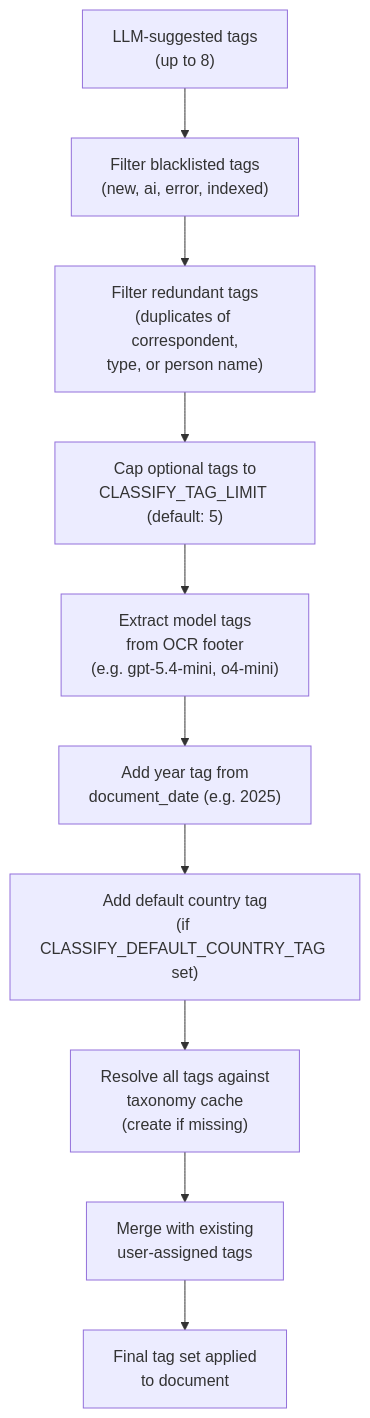
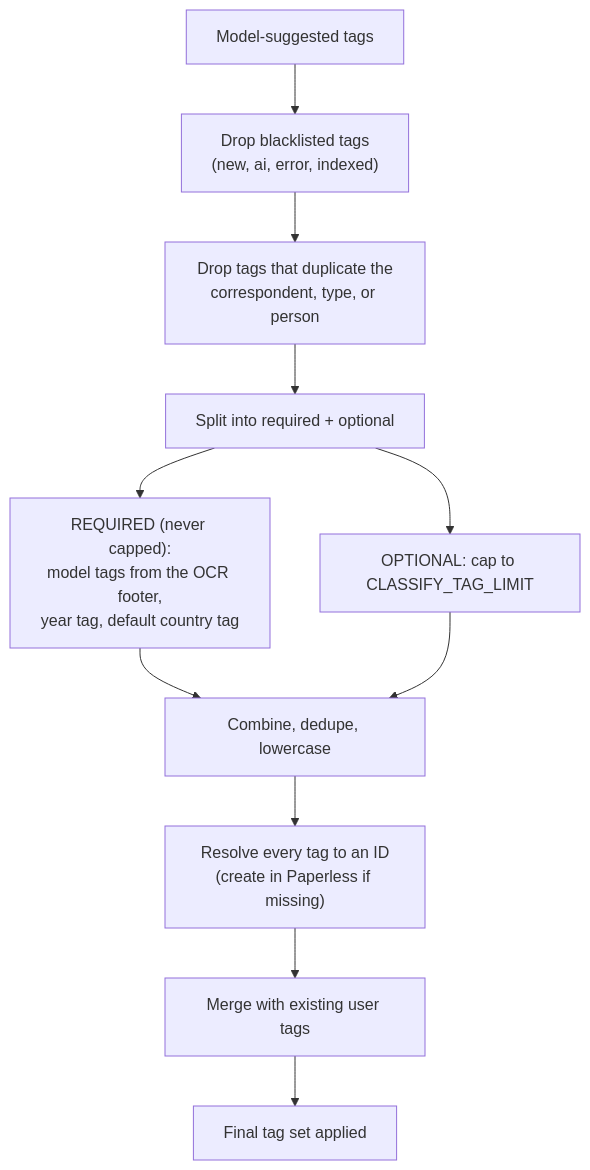
The third of 3 diagrams in docs/classification-pipeline.md (rossetv/paperless-ai), drawn with Mermaid before and after one commit. The commit also changed other lines of this file and 12 other files, not shown here.

````diff
--- a/docs/classification-pipeline.md
+++ b/docs/classification-pipeline.md
@@ -195,12 +217,13 @@
 ```mermaid
 flowchart TD
-    A["LLM-suggested tags\n(up to 8)"] --> B["Filter blacklisted tags\n(new, ai, error, indexed)"]
-    B --> C["Filter redundant tags\n(duplicates of correspondent,\ntype, or person name)"]
-    C --> D["Cap optional tags to\nCLASSIFY_TAG_LIMIT (default: 5)"]
-    D --> E["Extract model tags\nfrom OCR footer\n(e.g. gpt-5.4-mini, o4-mini)"]
-    E --> F["Add year tag from\ndocument_date (e.g. 2025)"]
-    F --> G["Add default country tag\n(if CLASSIFY_DEFAULT_COUNTRY_TAG set)"]
-    G --> H["Resolve all tags against\ntaxonomy cache\n(create if missing)"]
-    H --> I["Merge with existing\nuser-assigned tags"]
-    I --> J[Final tag set applied\nto document]
+    A["Model-suggested tags"] --> B["Drop blacklisted tags\n(new, ai, error, indexed)"]
+    B --> C["Drop tags that duplicate the\ncorrespondent, type, or person"]
+    C --> D["Split into required + optional"]
+    D --> E["REQUIRED (never capped):\nmodel tags from the OCR footer,\nyear tag, default country tag"]
+    D --> F["OPTIONAL: cap to CLASSIFY_TAG_LIMIT"]
+    E --> G["Combine, dedupe, lowercase"]
+    F --> G
+    G --> H["Resolve every tag to an ID\n(create in Paperless if missing)"]
+    H --> I["Merge with existing user tags"]
+    I --> J[Final tag set applied]
 ```
````
